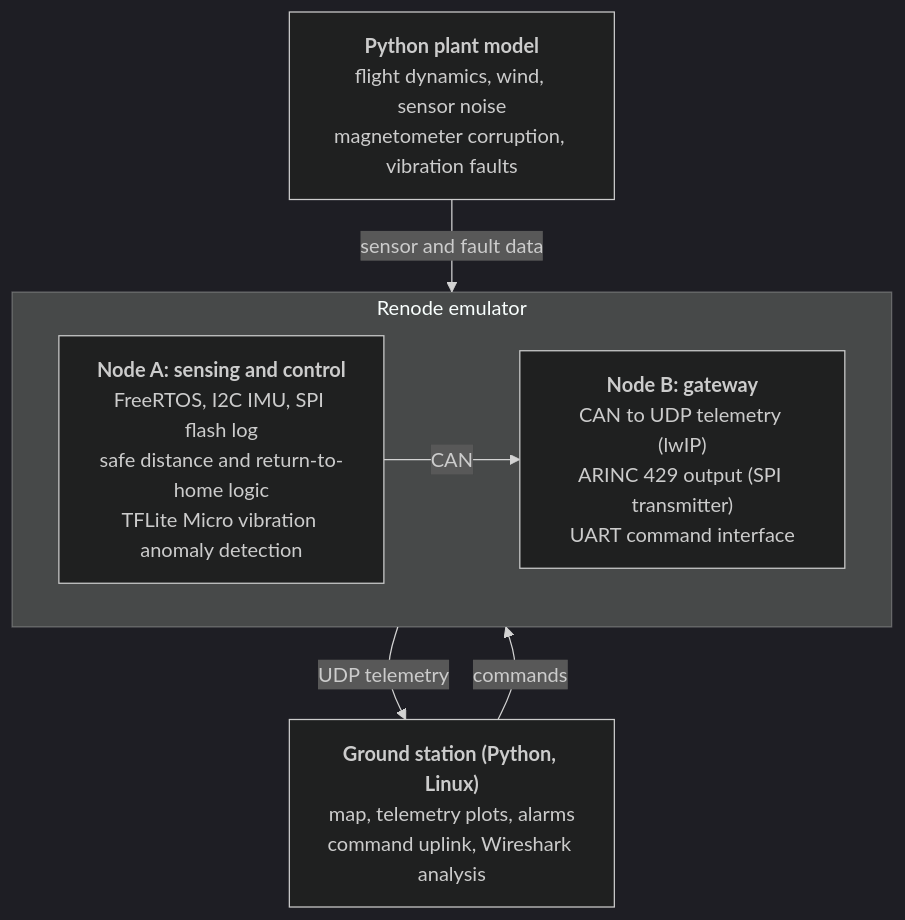
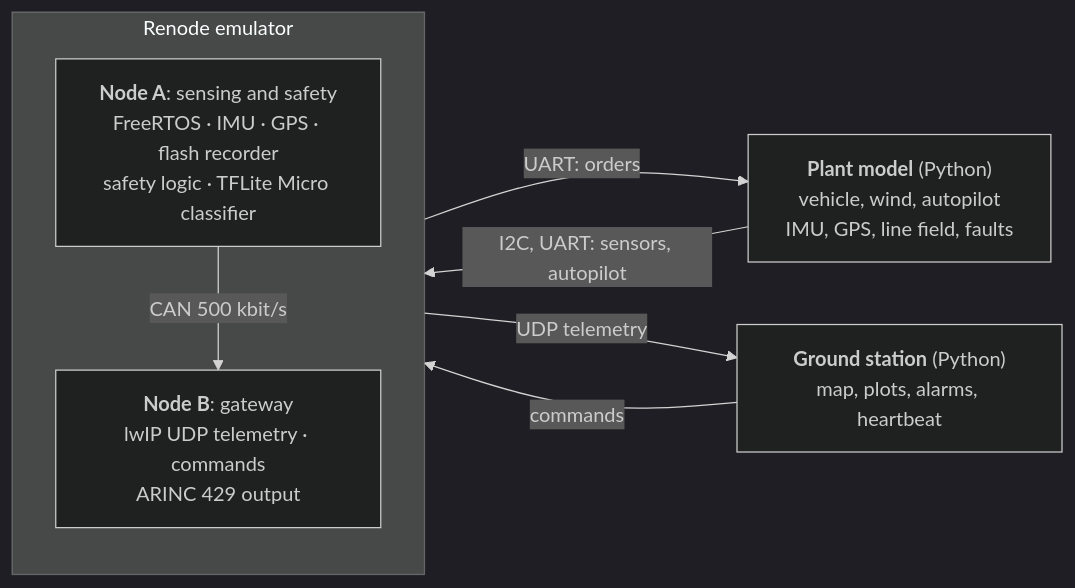
The diagram in README.md (1akin1/VoltDragon), drawn with Mermaid (dark theme) before and after one commit. The commit also changed other lines of this file and 12 other files, not shown here.

Commit message:
Phase 6: README, architecture diagrams and demo video tooling

````diff
--- a/README.md
+++ b/README.md
@@ -16,14 +59,15 @@
 ```mermaid
-flowchart TB
-    plant["<b>Python plant model</b><br/>flight dynamics, wind, sensor noise<br/>magnetometer corruption, vibration faults"]
+flowchart LR
+    plant["<b>Plant model</b> (Python)<br/>vehicle, wind, autopilot<br/>IMU, GPS, line field, faults"]
     subgraph renode["Renode emulator"]
-        direction LR
-        a["<b>Node A: sensing and control</b><br/>FreeRTOS, I2C IMU, SPI flash log<br/>safe distance and return-to-home logic<br/>TFLite Micro vibration anomaly detection"]
-        b["<b>Node B: gateway</b><br/>CAN to UDP telemetry (lwIP)<br/>ARINC 429 output (SPI transmitter)<br/>UART command interface"]
-        a -- CAN --> b
+        direction TB
+        a["<b>Node A</b>: sensing and safety<br/>FreeRTOS · IMU · GPS · flash recorder<br/>safety logic · TFLite Micro classifier"]
+        b["<b>Node B</b>: gateway<br/>lwIP UDP telemetry · commands<br/>ARINC 429 output"]
+        a -- "CAN 500 kbit/s" --> b
     end
-    gs["<b>Ground station (Python, Linux)</b><br/>map, telemetry plots, alarms<br/>command uplink, Wireshark analysis"]
-    plant -- "sensor and fault data" --> a
+    gs["<b>Ground station</b> (Python)<br/>map, plots, alarms, heartbeat"]
+    plant -- "I2C, UART: sensors, autopilot" --> a
+    a -- "UART: orders" --> plant
     b -- "UDP telemetry" --> gs
-    gs -- commands --> b
+    gs -- "commands" --> b
 ```
````
